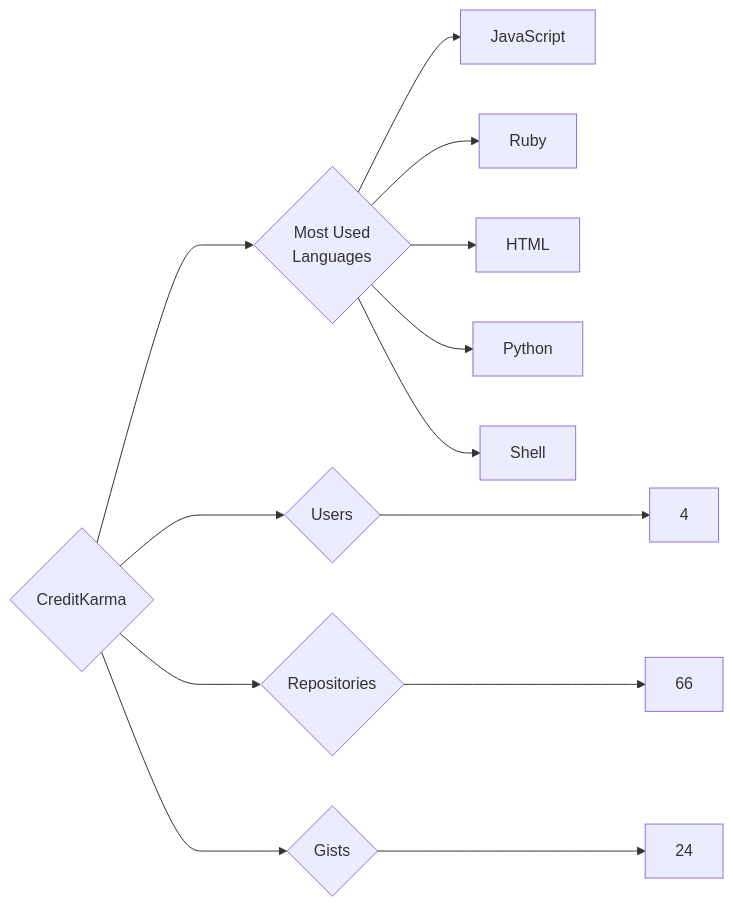
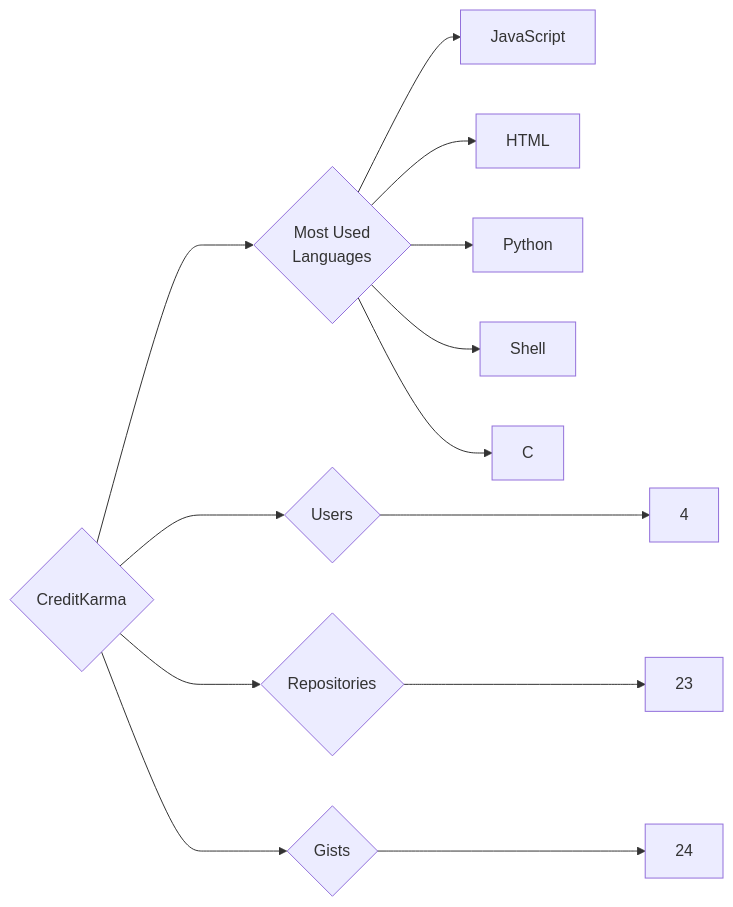
Before and after one commit to trickest/insiders: the diagram in targets/CreditKarma/README.md, drawn with Mermaid. The commit also changed 1036 other files, not shown here.

````diff
--- a/targets/CreditKarma/README.md
+++ b/targets/CreditKarma/README.md
@@ -3,13 +3,13 @@
 ```mermaid
 graph LR
 COMPANY_NAME{CreditKarma}
 COMPANY_NAME ---> U{Users} ---> UN[4]
-COMPANY_NAME ---> R{Repositories} ---> RN[66]
+COMPANY_NAME ---> R{Repositories} ---> RN[23]
 COMPANY_NAME ---> G{Gists} ---> GN[24]
 COMPANY_NAME ---> ML{Most Used<br>Languages}
 ML --> JavaScript[JavaScript]
-ML --> Ruby[Ruby]
 ML --> HTML[HTML]
 ML --> Python[Python]
 ML --> Shell[Shell]
+ML --> C[C]
 ```
````
